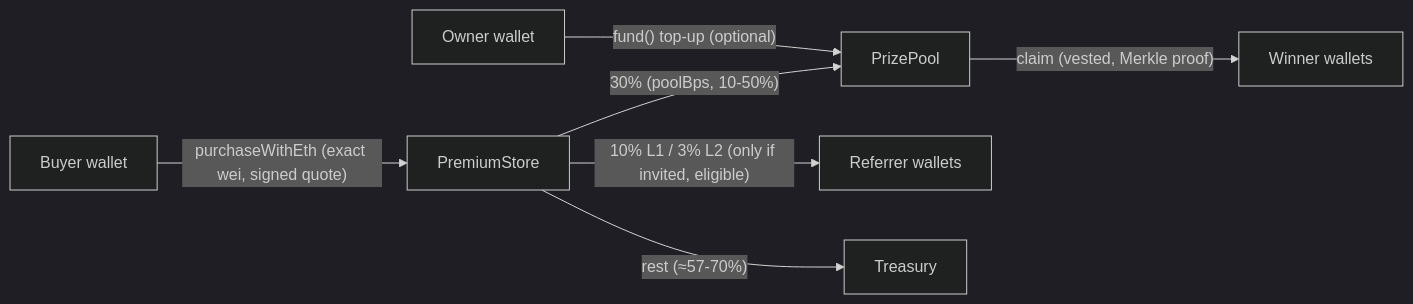
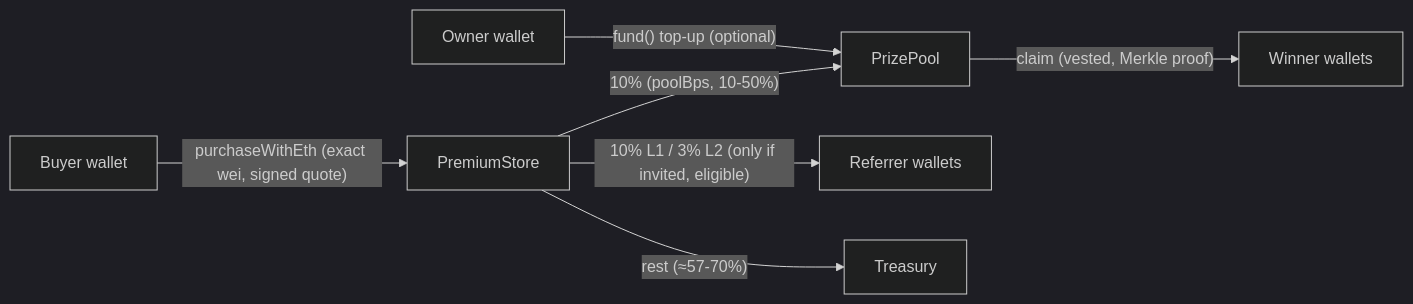
Before and after one commit to stephenclawdbot-png/ranch-game: the first of 2 diagrams in docs/web3.md, drawn with Mermaid (dark theme). The commit also changed other lines of this file and 8 other files, not shown here.

First line of the commit message:
Prize Pool: 10 % of sales plus a fixed weekly top-up (owner decision)

````diff
--- a/docs/web3.md
+++ b/docs/web3.md
@@ -32,9 +33,9 @@
 ```mermaid
 flowchart LR
   B[Buyer wallet] -- "purchaseWithEth (exact wei, signed quote)" --> S[PremiumStore]
-  S -- "30% (poolBps, 10-50%)" --> P[PrizePool]
+  S -- "10% (poolBps, 10-50%)" --> P[PrizePool]
   S -- "10% L1 / 3% L2 (only if invited, eligible)" --> R[Referrer wallets]
   S -- "rest (≈57-70%)" --> T[Treasury]
   P -- "claim (vested, Merkle proof)" --> W[Winner wallets]
   O[Owner wallet] -- "fund() top-up (optional)" --> P
 ```
````
